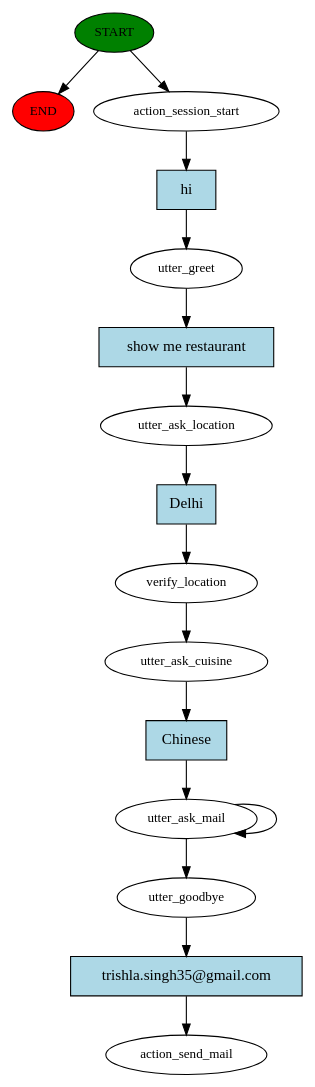
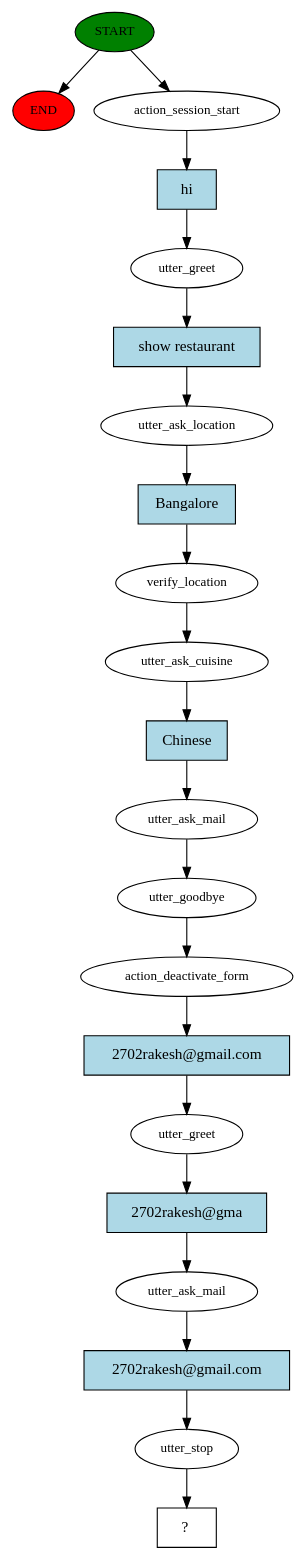
One commit to RakeshKumar045/Restaurant_Rasa_Chatbot_Python changed the diagram in story_graph.dot. Above: the diagram before and after it, drawn with Graphviz. The commit also changed 5 other files, not shown here.

```diff
--- a/story_graph.dot
+++ b/story_graph.dot
@@ -1,32 +1,43 @@
 digraph  {
 0 [class="start active", fillcolor=green, fontsize=12, label=START, style=filled];
 "-1" [class=end, fillcolor=red, fontsize=12, label=END, style=filled];
 1 [class=active, fontsize=12, label=action_session_start];
 2 [class=active, fontsize=12, label=utter_greet];
 3 [class=active, fontsize=12, label=utter_ask_location];
 4 [class=active, fontsize=12, label=verify_location];
 5 [class=active, fontsize=12, label=utter_ask_cuisine];
 6 [class=active, fontsize=12, label=utter_ask_mail];
-8 [class=active, fontsize=12, label=utter_goodbye];
-9 [class="dashed active", fontsize=12, label=action_send_mail];
-10 [class="intent active", fillcolor=lightblue, label=hi, shape=rect, style=filled];
-11 [class="intent active", fillcolor=lightblue, label="show me restaurant", shape=rect, style=filled];
-12 [class="intent active", fillcolor=lightblue, label=Delhi, shape=rect, style=filled];
-13 [class="intent active", fillcolor=lightblue, label=Chinese, shape=rect, style=filled];
-14 [class="intent active", fillcolor=lightblue, label="trishla.singh35@gmail.com", shape=rect, style=filled];
+7 [class=active, fontsize=12, label=utter_goodbye];
+8 [class=active, fontsize=12, label=action_deactivate_form];
+9 [class=active, fontsize=12, label=utter_greet];
+10 [class=active, fontsize=12, label=utter_ask_mail];
+11 [class=active, fontsize=12, label=utter_stop];
+12 [class="intent dashed active", label="  ?  ", shape=rect];
+13 [class="intent active", fillcolor=lightblue, label=hi, shape=rect, style=filled];
+14 [class="intent active", fillcolor=lightblue, label="show restaurant", shape=rect, style=filled];
+15 [class="intent active", fillcolor=lightblue, label=Bangalore, shape=rect, style=filled];
+16 [class="intent active", fillcolor=lightblue, label=Chinese, shape=rect, style=filled];
+17 [class="intent active", fillcolor=lightblue, label="2702rakesh@gmail.com", shape=rect, style=filled];
+18 [class="intent active", fillcolor=lightblue, label="2702rakesh@gma", shape=rect, style=filled];
+19 [class="intent active", fillcolor=lightblue, label="2702rakesh@gmail.com", shape=rect, style=filled];
 0 -> "-1"  [class="", key=NONE, label=""];
 0 -> 1  [class=active, key=NONE, label=""];
-1 -> 10  [class=active, key=0];
-2 -> 11  [class=active, key=0];
-3 -> 12  [class=active, key=0];
+1 -> 13  [class=active, key=0];
+2 -> 14  [class=active, key=0];
+3 -> 15  [class=active, key=0];
 4 -> 5  [class=active, key=NONE, label=""];
-5 -> 13  [class=active, key=0];
-6 -> 8  [class=active, key=NONE, label=""];
-6 -> 6  [class=active, key=NONE, label=""];
-8 -> 14  [class=active, key=0];
-10 -> 2  [class=active, key=0];
-11 -> 3  [class=active, key=0];
-12 -> 4  [class=active, key=0];
-13 -> 6  [class=active, key=0];
-14 -> 9  [class=active, key=0];
+5 -> 16  [class=active, key=0];
+6 -> 7  [class=active, key=NONE, label=""];
+7 -> 8  [class=active, key=NONE, label=""];
+8 -> 17  [class=active, key=0];
+9 -> 18  [class=active, key=0];
+10 -> 19  [class=active, key=0];
+11 -> 12  [class=active, key=NONE, label=""];
+13 -> 2  [class=active, key=0];
+14 -> 3  [class=active, key=0];
+15 -> 4  [class=active, key=0];
+16 -> 6  [class=active, key=0];
+17 -> 9  [class=active, key=0];
+18 -> 10  [class=active, key=0];
+19 -> 11  [class=active, key=0];
 }
```
